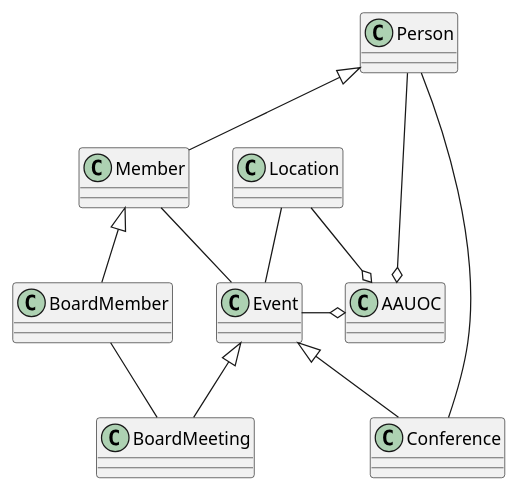
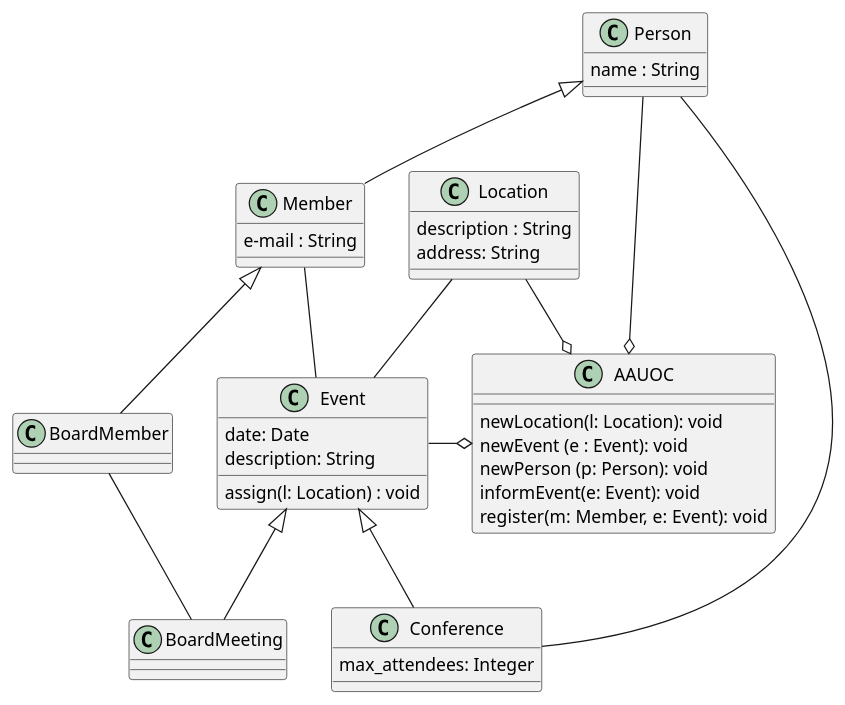
The diagram in DiagramaUML.puml (Jonycuenca/UMLClases_Jonattan), drawn with PlantUML before and after one commit. The commit also changed 1 other file, not shown here.

```diff
--- a/DiagramaUML.puml
+++ b/DiagramaUML.puml
@@ -1,42 +1,50 @@
 @startuml
 
     class Member {
-
+        e-mail : String
     }
     class BoardMember {
-
         }
     class Person {
-
+        name : String
             }
     class Event {
-
+        date: Date
+        description: String
+        assign(l: Location) : void
         }
     class Conference {
-
+        max_attendees: Integer
         }
     class BoardMeeting {
 
         }
     class Location {
-
+        description : String
+        address: String
         }
     class AAUOC{
+        newLocation(l: Location): void
+        newEvent (e : Event): void
+        newPerson (p: Person): void
+        informEvent(e: Event): void
+        register(m: Member, e: Event): void
+
     }
 
     Event <|-- Conference
     Event <|-- BoardMeeting
 
     Person  <|-- Member
     Member <|-- BoardMember
 
     Location -o AAUOC
     Event -o AAUOC
     Person -o AAUOC
 
     Location -- Event
     Member -- Event
     Person -- Conference
     BoardMember -- BoardMeeting
 
 @enduml
```
